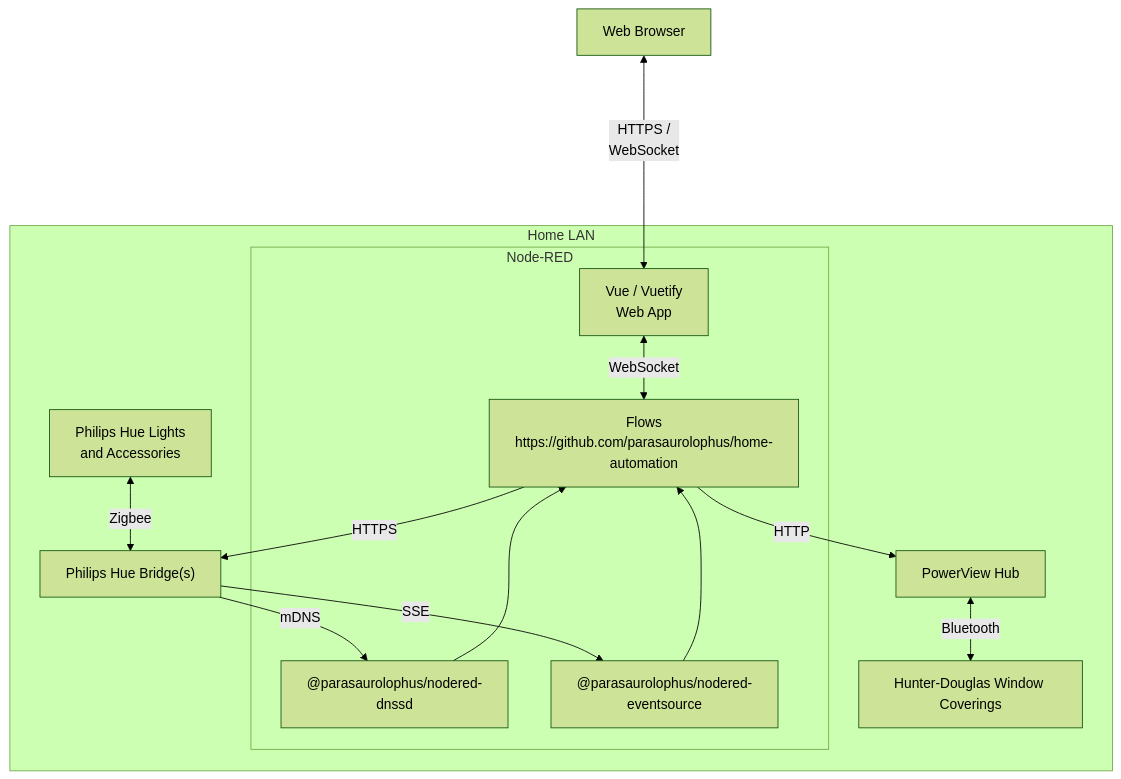
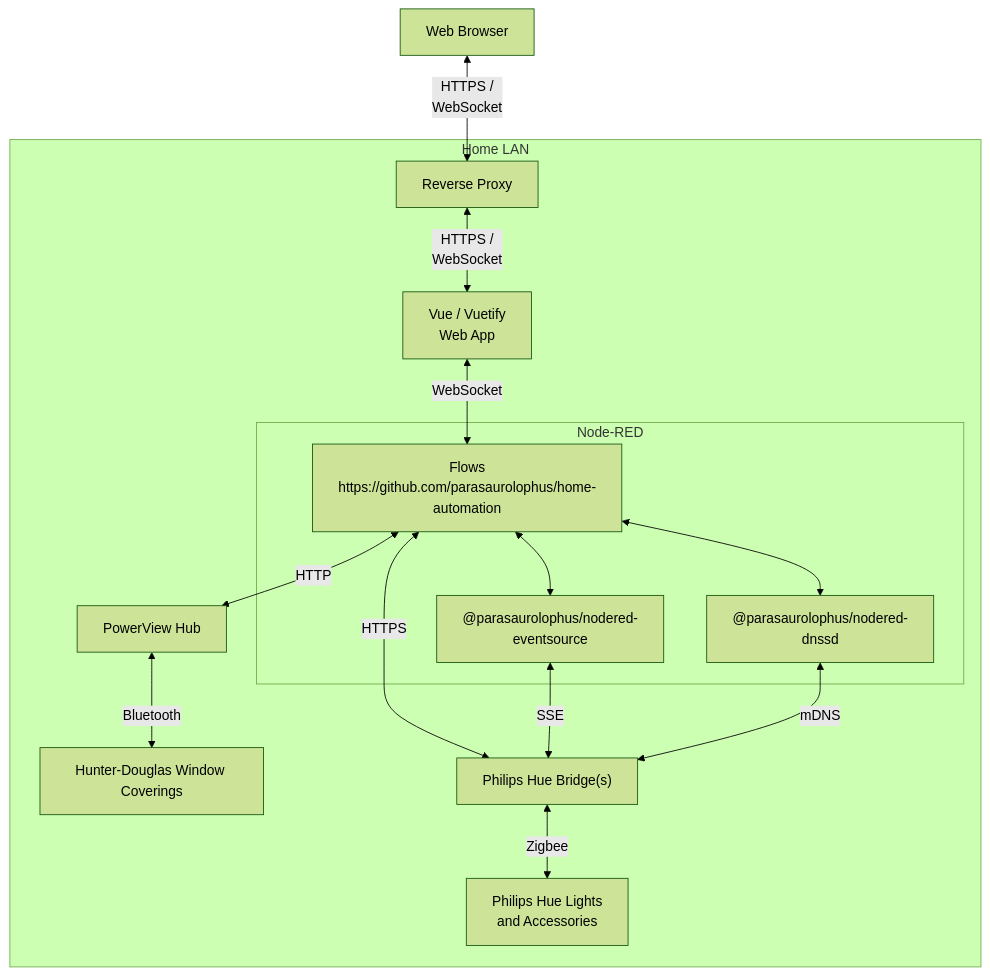
One commit to parasaurolophus/home-automation changed the diagram in README.md. Above: the diagram before and after it, drawn with Mermaid (forest theme).

Commit message:
Improve mermaid diagram in README.md

````diff
--- a/README.md
+++ b/README.md
@@ -9,41 +9,45 @@
 ```mermaid
 graph TB
 
     browser["Web Browser"]
 
     subgraph "Home LAN"
 
-        huebridge["Philips Hue Bridge(s)"]
-        huedevice["Philips Hue Lights\nand Accessories"]
-        pvhub["PowerView Hub"]
-        pvdevice["Hunter-Douglas Window Coverings"]
+        proxy["Reverse Proxy"]
+        vue["Vue / Vuetify\nWeb App"]
 
         subgraph nodered["Node-RED"]
 
-            vue["Vue / Vuetify\nWeb App"]
             flows["Flows\nhttps://github.com/parasaurolophus/home-automation"]
             dnssd["@parasaurolophus/nodered-dnssd"]
             eventsource["@parasaurolophus/nodered-eventsource"]
 
-            vue <-- "WebSocket" --> flows
-            dnssd --> flows
-            eventsource --> flows
-
         end
 
-        flows -- HTTP --> pvhub
-        flows -- "HTTPS" --> huebridge
-        huebridge -- "SSE" --> eventsource
-        huebridge -- "mDNS" --> dnssd
-        huedevice <-- "Zigbee" --> huebridge
-        pvhub <-- Bluetooth --> pvdevice
-
-        click flows "https://github.com/parasaurolophus/home-automation" _blank
-        click dnssd "https://flows.nodered.org/node/@parasaurolophus/node-red-dnssd" _blank
-        click eventsource "https://flows.nodered.org/node/@parasaurolophus/node-red-eventsource" _blank
-        click vue "https://github.com/parasaurolophus/home-automation/tree/main/dashboard" _blank
+        pvhub["PowerView Hub"]
+        pvdevice["Hunter-Douglas Window Coverings"]
+        huebridge["Philips Hue Bridge(s)"]
+        huedevice["Philips Hue Lights\nand Accessories"]
 
     end
 
-    browser <-- "HTTPS /\nWebSocket" ----> vue
+    browser <-- "HTTPS /\nWebSocket" --> proxy
+    proxy <-- "HTTPS /\nWebSocket" --> vue
+    vue <-- "WebSocket" --> flows
+
+    flows <--> dnssd
+    flows <--> eventsource
+
+    flows <-- HTTP --> pvhub
+    pvhub <-- Bluetooth --> pvdevice
+
+    flows <-- "HTTPS" --> huebridge
+    eventsource <-- "SSE" --> huebridge
+    dnssd <-- "mDNS" --> huebridge
+    huebridge <-- "Zigbee" --> huedevice
+
+    click flows "https://github.com/parasaurolophus/home-automation" _blank
+    click dnssd "https://flows.nodered.org/node/@parasaurolophus/node-red-dnssd" _blank
+    click eventsource "https://flows.nodered.org/node/@parasaurolophus/node-red-eventsource" _blank
+    click vue "https://github.com/parasaurolophus/home-automation/tree/main/dashboard" _blank
 ```
````
